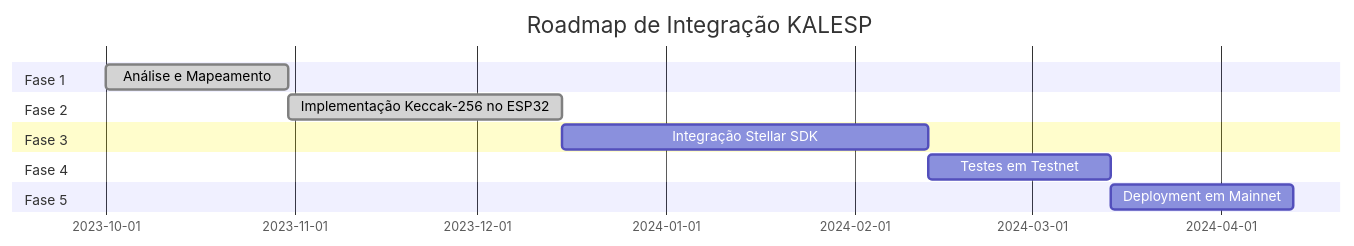
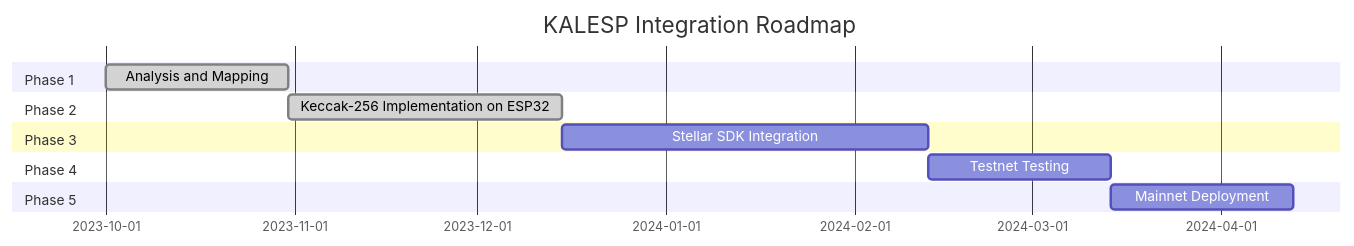
One commit to olivmath/kalesp changed the third of 3 diagrams in README.md. Above: the diagram before and after it, drawn with Mermaid. The commit also changed other lines of this file, not shown here.

````diff
--- a/README.md
+++ b/README.md
@@ -45,15 +45,15 @@
 ```mermaid
 gantt
-    title Roadmap de Integração KALESP
+    title KALESP Integration Roadmap
     dateFormat  YYYY-MM-DD
-    section Fase 1
-    Análise e Mapeamento :done, p1, 2023-10-01, 30d
-    section Fase 2
-    Implementação Keccak-256 no ESP32 :done, p2, after p1, 45d
-    section Fase 3
-    Integração Stellar SDK : p3, after p2, 60d
-    section Fase 4
-    Testes em Testnet : p4, after p3, 30d
-    section Fase 5
-    Deployment em Mainnet : p5, after p4, 30d
+    section Phase 1
+    Analysis and Mapping :done, p1, 2023-10-01, 30d
+    section Phase 2
+    Keccak-256 Implementation on ESP32 :done, p2, after p1, 45d
+    section Phase 3
+    Stellar SDK Integration : p3, after p2, 60d
+    section Phase 4
+    Testnet Testing : p4, after p3, 30d
+    section Phase 5
+    Mainnet Deployment : p5, after p4, 30d
 ```
````
